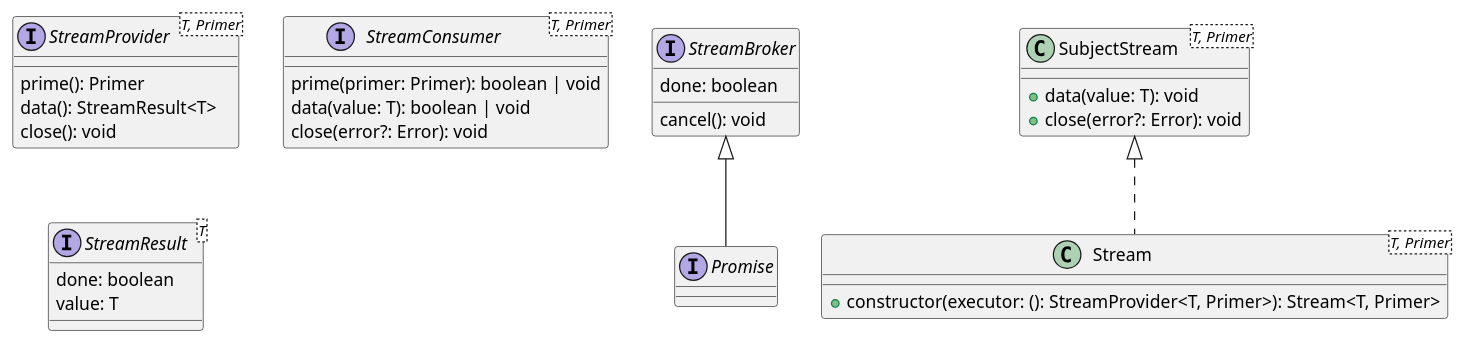
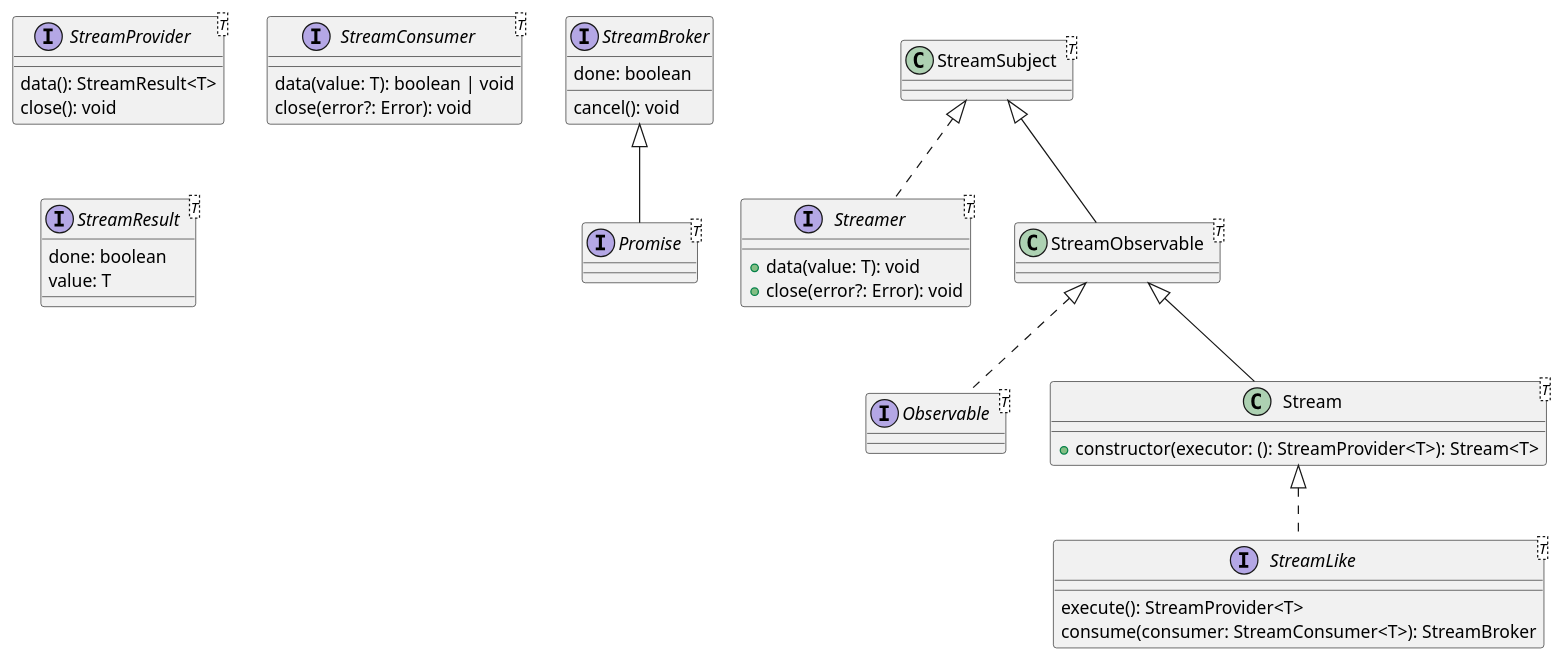
The diagram in assets/Definitions.puml (rafamel/rxjs-utils), drawn with PlantUML before and after one commit. The commit also changed 17 other files, not shown here.

Commit message:
improvement: removes prime/r and allows for sync/async flows

```diff
--- a/assets/Definitions.puml
+++ b/assets/Definitions.puml
@@ -1,40 +1,61 @@
 @startuml Classes
 
-interface StreamProvider<T, Primer> {
-  prime(): Primer
+interface Promise<T> {
+  
+}
+
+interface Observable<T> {
+  
+}
+
+interface StreamProvider<T> {
   data(): StreamResult<T>
   close(): void
 }
 
-interface StreamConsumer<T, Primer> {
-  prime(primer: Primer): boolean | void
+interface StreamConsumer<T> {
   data(value: T): boolean | void
   close(error?: Error): void
+}
+
+interface Streamer<T> {
+  +data(value: T): void
+  +close(error?: Error): void
 }
 
 interface StreamResult<T> {
   done: boolean
   value: T
-}
-
-interface Promise {
-  
 }
 
 StreamBroker <|-- Promise
 interface StreamBroker {
   done: boolean
   cancel(): void
 }
 
-class Stream<T, Primer> {
-  +constructor(executor: (): StreamProvider<T, Primer>): Stream<T, Primer>
+interface StreamLike<T> {
+  execute(): StreamProvider<T>
+  consume(consumer: StreamConsumer<T>): StreamBroker
 }
 
-SubjectStream <|.. Stream
-class SubjectStream<T, Primer> {
-  +data(value: T): void
-  +close(error?: Error): void
+Stream <|.. StreamLike
+class Stream<T> {
+  +constructor(executor: (): StreamProvider<T>): Stream<T>
 }
 
+StreamObservable <|-- Stream
+StreamObservable <|.. Observable
+class StreamObservable<T> {
+
+}
+
+StreamSubject <|-- StreamObservable
+StreamSubject <|.. Streamer
+class StreamSubject<T> {
+
+}
+
+
+
 @enduml
```
